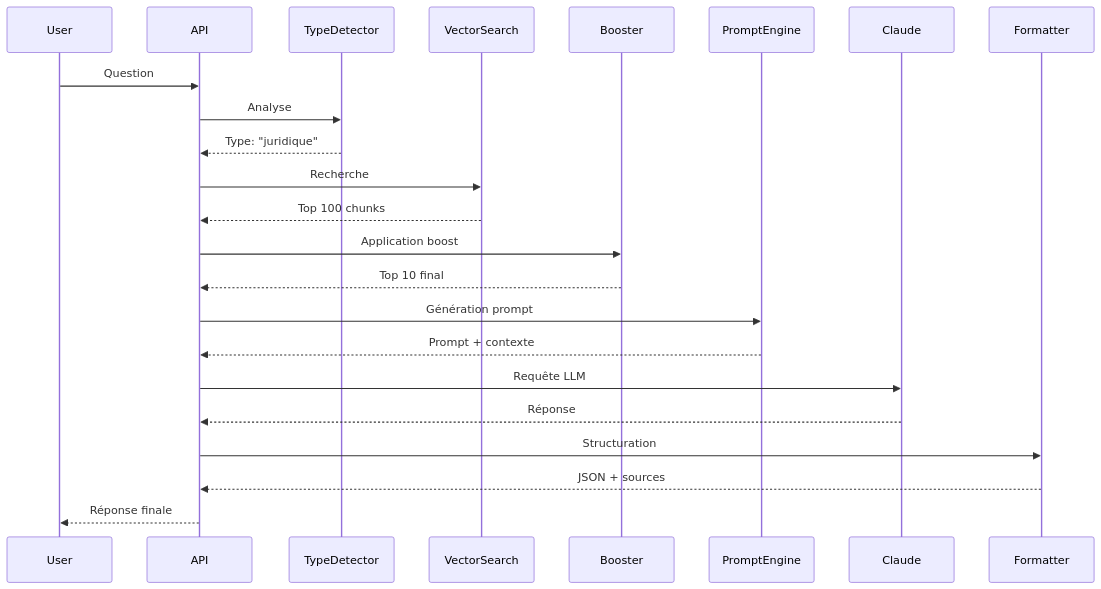
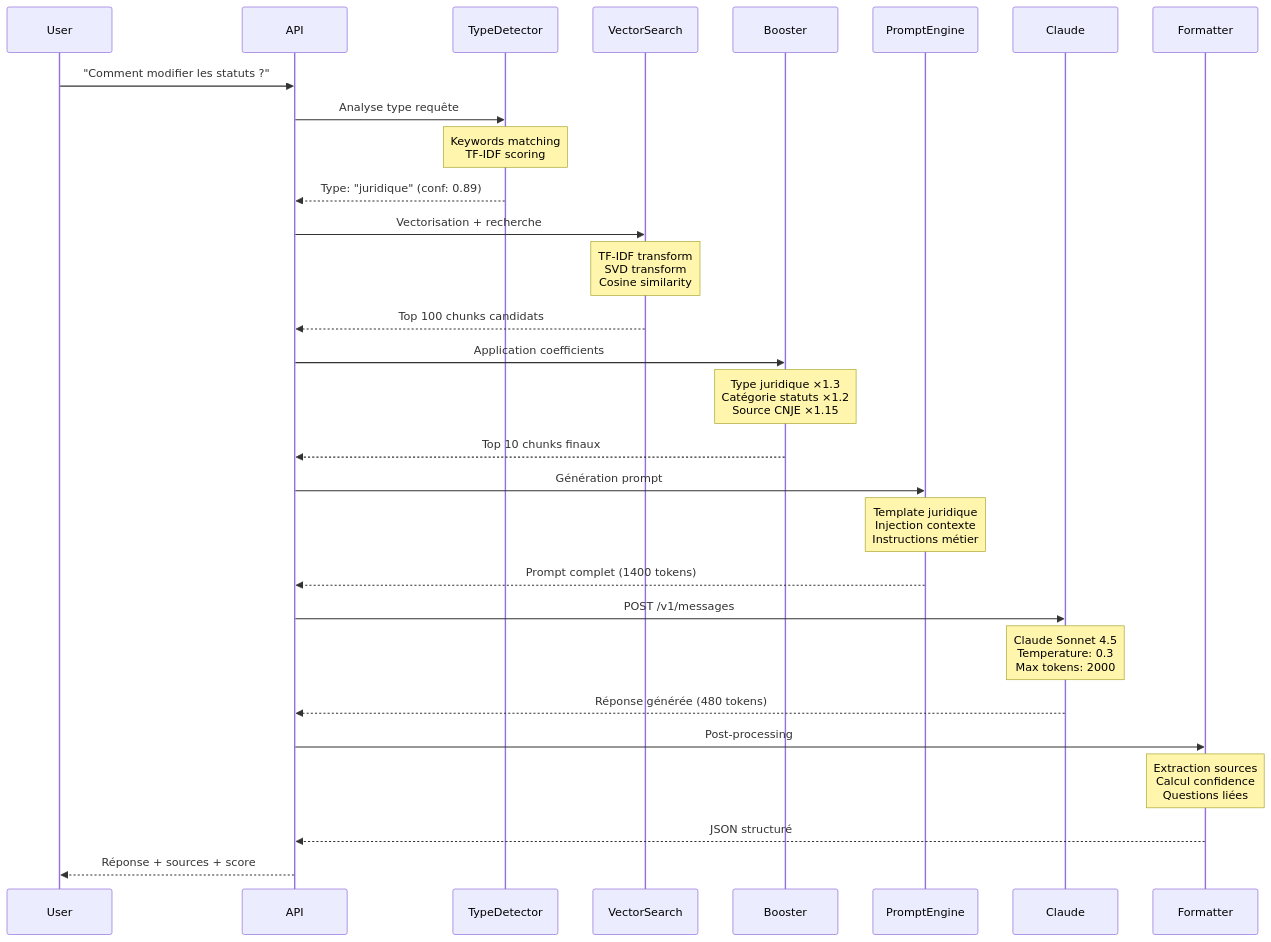
One commit to llantrua/Comply-AI-ChatBot changed the second of 2 diagrams in README.md. Above: the diagram before and after it, drawn with Mermaid. The commit also changed other lines of this file, not shown here.

````diff
--- a/README.md
+++ b/README.md
@@ -190,26 +246,38 @@
 ```mermaid
 sequenceDiagram
     participant User
     participant API
     participant TypeDetector
     participant VectorSearch
     participant Booster
     participant PromptEngine
     participant Claude
     participant Formatter
 
-    User->>API: Question
-    API->>TypeDetector: Analyse
-    TypeDetector-->>API: Type: "juridique"
-    API->>VectorSearch: Recherche
-    VectorSearch-->>API: Top 100 chunks
-    API->>Booster: Application boost
-    Booster-->>API: Top 10 final
+    User->>API: "Comment modifier les statuts ?"
+    API->>TypeDetector: Analyse type requête
+    Note over TypeDetector: Keywords matching<br/>TF-IDF scoring
+    TypeDetector-->>API: Type: "juridique" (conf: 0.89)
+    
+    API->>VectorSearch: Vectorisation + recherche
+    Note over VectorSearch: TF-IDF transform<br/>SVD transform<br/>Cosine similarity
+    VectorSearch-->>API: Top 100 chunks candidats
+    
+    API->>Booster: Application coefficients
+    Note over Booster: Type juridique ×1.3<br/>Catégorie statuts ×1.2<br/>Source CNJE ×1.15
+    Booster-->>API: Top 10 chunks finaux
+    
     API->>PromptEngine: Génération prompt
-    PromptEngine-->>API: Prompt + contexte
-    API->>Claude: Requête LLM
-    Claude-->>API: Réponse
-    API->>Formatter: Structuration
-    Formatter-->>API: JSON + sources
-    API-->>User: Réponse finale
+    Note over PromptEngine: Template juridique<br/>Injection contexte<br/>Instructions métier
+    PromptEngine-->>API: Prompt complet (1400 tokens)
+    
+    API->>Claude: POST /v1/messages
+    Note over Claude: Claude Sonnet 4.5<br/>Temperature: 0.3<br/>Max tokens: 2000
+    Claude-->>API: Réponse générée (480 tokens)
+    
+    API->>Formatter: Post-processing
+    Note over Formatter: Extraction sources<br/>Calcul confidence<br/>Questions liées
+    Formatter-->>API: JSON structuré
+    
+    API-->>User: Réponse + sources + score
 ```
````
